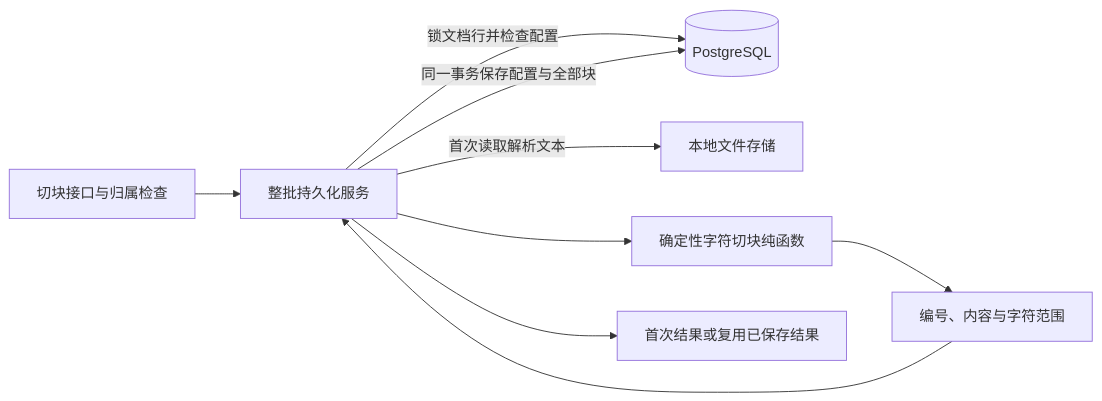
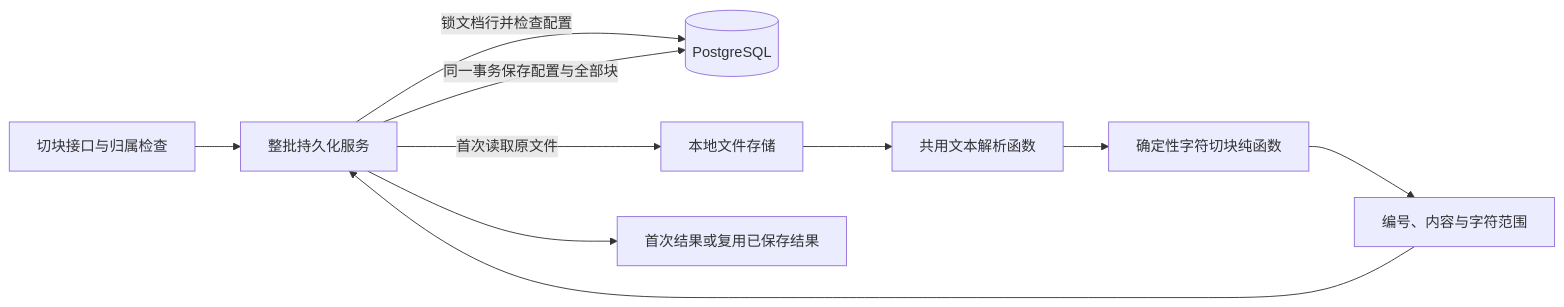
The second of 17 diagrams in docs/architecture.md (cenxv46597/enterprise-ai-agent-platform), drawn with Mermaid before and after one commit. The commit also changed other lines of this file and 14 other files, not shown here.

````diff
--- a/docs/architecture.md
+++ b/docs/architecture.md
@@ -79,11 +86,12 @@
 ```mermaid
 flowchart LR
     A[切块接口与归属检查] --> P[整批持久化服务]
     P -->|锁文档行并检查配置| D[(PostgreSQL)]
-    P -->|首次读取解析文本| F[本地文件存储]
-    P --> S[确定性字符切块纯函数]
+    P -->|首次读取原文件| F[本地文件存储]
+    F --> T[共用文本解析函数]
+    T --> S[确定性字符切块纯函数]
     S --> C[编号、内容与字符范围]
     C --> P
     P -->|同一事务保存配置与全部块| D
     P --> R[首次结果或复用已保存结果]
 ```
````
